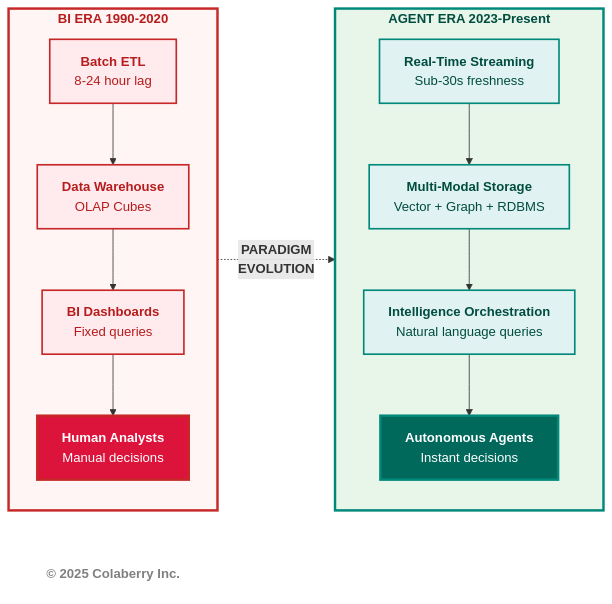
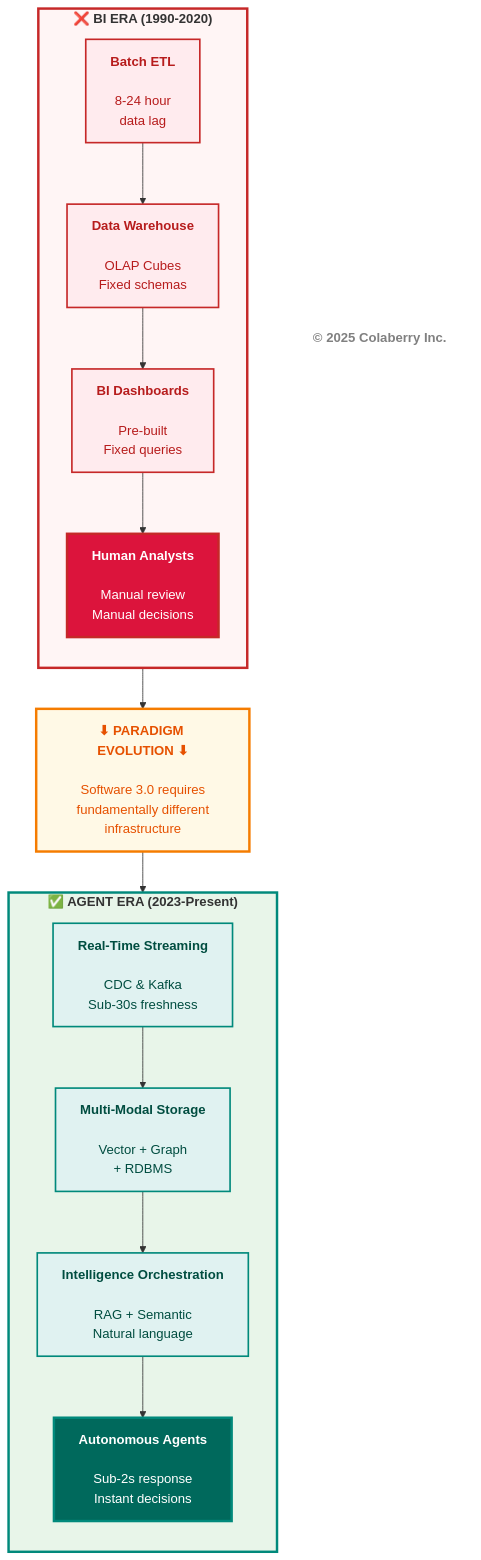
Before and after one commit to colaberry/trust-before-intelligence-book: the third of 3 diagrams in manuscript/chapter_1_why_agents_fail_v1_0.md, drawn with Mermaid.

Commit message:
Updated diagrams to fix visibility issues
Updated diagrams to fix visibility issues

````diff
--- a/manuscript/chapter_1_why_agents_fail_v1_0.md
+++ b/manuscript/chapter_1_why_agents_fail_v1_0.md
@@ -397,43 +397,48 @@
 ```mermaid
-graph LR
-    subgraph BI["<b>BI ERA 1990-2020</b>"]
+graph TB
+    subgraph BI["<b>❌ BI ERA (1990-2020)</b>"]
         direction TB
-        BI1["<b>Batch ETL</b><br/>8-24 hour lag"]
-        BI2["<b>Data Warehouse</b><br/>OLAP Cubes"]
-        BI3["<b>BI Dashboards</b><br/>Fixed queries"]
-        BI4["<b>Human Analysts</b><br/>Manual decisions"]
+        BI1["<b>Batch ETL</b><br/><br/>8-24 hour<br/>data lag"]
+        BI2["<b>Data Warehouse</b><br/><br/>OLAP Cubes<br/>Fixed schemas"]
+        BI3["<b>BI Dashboards</b><br/><br/>Pre-built<br/>Fixed queries"]
+        BI4["<b>Human Analysts</b><br/><br/>Manual review<br/>Manual decisions"]
         
         BI1 --> BI2
         BI2 --> BI3
         BI3 --> BI4
     end
     
-    BI4 -.->|"<b>PARADIGM<br/>EVOLUTION</b>"| A1
+    EVOLUTION["<b>⬇ PARADIGM EVOLUTION ⬇</b><br/><br/>Software 3.0 requires<br/>fundamentally different<br/>infrastructure"]
     
-    subgraph AGENT["<b>AGENT ERA 2023-Present</b>"]
+    subgraph AGENT["<b>✅ AGENT ERA (2023-Present)</b>"]
         direction TB
-        A1["<b>Real-Time Streaming</b><br/>Sub-30s freshness"]
-        A2["<b>Multi-Modal Storage</b><br/>Vector + Graph + RDBMS"]
-        A3["<b>Intelligence Orchestration</b><br/>Natural language queries"]
-        A4["<b>Autonomous Agents</b><br/>Instant decisions"]
+        A1["<b>Real-Time Streaming</b><br/><br/>CDC & Kafka<br/>Sub-30s freshness"]
+        A2["<b>Multi-Modal Storage</b><br/><br/>Vector + Graph<br/>+ RDBMS"]
+        A3["<b>Intelligence Orchestration</b><br/><br/>RAG + Semantic<br/>Natural language"]
+        A4["<b>Autonomous Agents</b><br/><br/>Sub-2s response<br/>Instant decisions"]
         
         A1 --> A2
         A2 --> A3
         A3 --> A4
     end
     
-    style BI fill:#fff5f5,stroke:#c62828,stroke-width:3px,color:#b71c1c
+    BI --> EVOLUTION
+    EVOLUTION --> AGENT
+    
+    style BI fill:#fff5f5,stroke:#c62828,stroke-width:3px
     style BI1 fill:#ffebee,stroke:#c62828,stroke-width:2px,color:#b71c1c
     style BI2 fill:#ffebee,stroke:#c62828,stroke-width:2px,color:#b71c1c
     style BI3 fill:#ffebee,stroke:#c62828,stroke-width:2px,color:#b71c1c
     style BI4 fill:#dc143c,color:#ffffff,stroke:#c62828,stroke-width:3px
     
-    style AGENT fill:#e8f5e9,stroke:#00897b,stroke-width:3px,color:#004d40
+    style EVOLUTION fill:#fff9e6,stroke:#f57c00,stroke-width:3px,color:#e65100
+    
+    style AGENT fill:#e8f5e9,stroke:#00897b,stroke-width:3px
     style A1 fill:#e0f2f1,stroke:#00897b,stroke-width:2px,color:#004d40
     style A2 fill:#e0f2f1,stroke:#00897b,stroke-width:2px,color:#004d40
     style A3 fill:#e0f2f1,stroke:#00897b,stroke-width:2px,color:#004d40
     style A4 fill:#00695c,color:#ffffff,stroke:#00897b,stroke-width:3px
 
     Copyright["<b>© 2025 Colaberry Inc.</b>"]
     style Copyright fill:none,stroke:none,color:#808080
 ```
````
